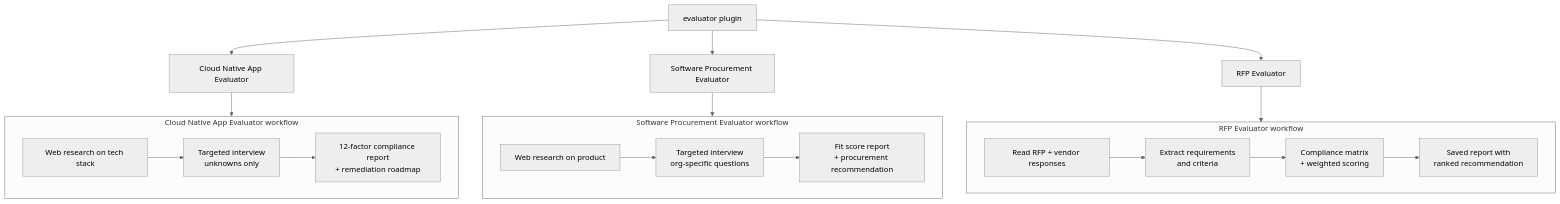
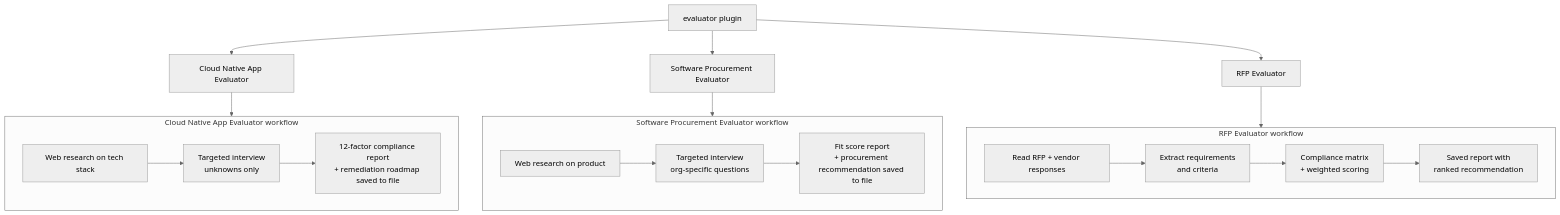
Before and after one commit to dimpletz/prompts-collection: the diagram in plugins/evaluator/README.md, drawn with Mermaid (neutral theme). The commit also changed other lines of this file and 12 other files, not shown here.

````diff
--- a/plugins/evaluator/README.md
+++ b/plugins/evaluator/README.md
@@ -40,23 +40,23 @@
 ```mermaid
 graph TD
     A[evaluator plugin]
     A --> B[Cloud Native App Evaluator]
     A --> C[Software Procurement Evaluator]
     A --> D[RFP Evaluator]
 
     subgraph B_flow [Cloud Native App Evaluator workflow]
-        B1[Web research on tech stack] --> B2[Targeted interview<br/>unknowns only] --> B3[12-factor compliance report<br/>+ remediation roadmap]
+        B1[Web research on tech stack] --> B2[Targeted interview<br/>unknowns only] --> B3[12-factor compliance report<br/>+ remediation roadmap saved to file]
     end
 
     subgraph C_flow [Software Procurement Evaluator workflow]
-        C1[Web research on product] --> C2[Targeted interview<br/>org-specific questions] --> C3[Fit score report<br/>+ procurement recommendation]
+        C1[Web research on product] --> C2[Targeted interview<br/>org-specific questions] --> C3[Fit score report<br/>+ procurement recommendation saved to file]
     end
 
     subgraph D_flow [RFP Evaluator workflow]
         D1[Read RFP + vendor responses] --> D2[Extract requirements<br/>and criteria] --> D3[Compliance matrix<br/>+ weighted scoring] --> D4[Saved report with<br/>ranked recommendation]
     end
 
     B --> B_flow
     C --> C_flow
     D --> D_flow
 ```
````
